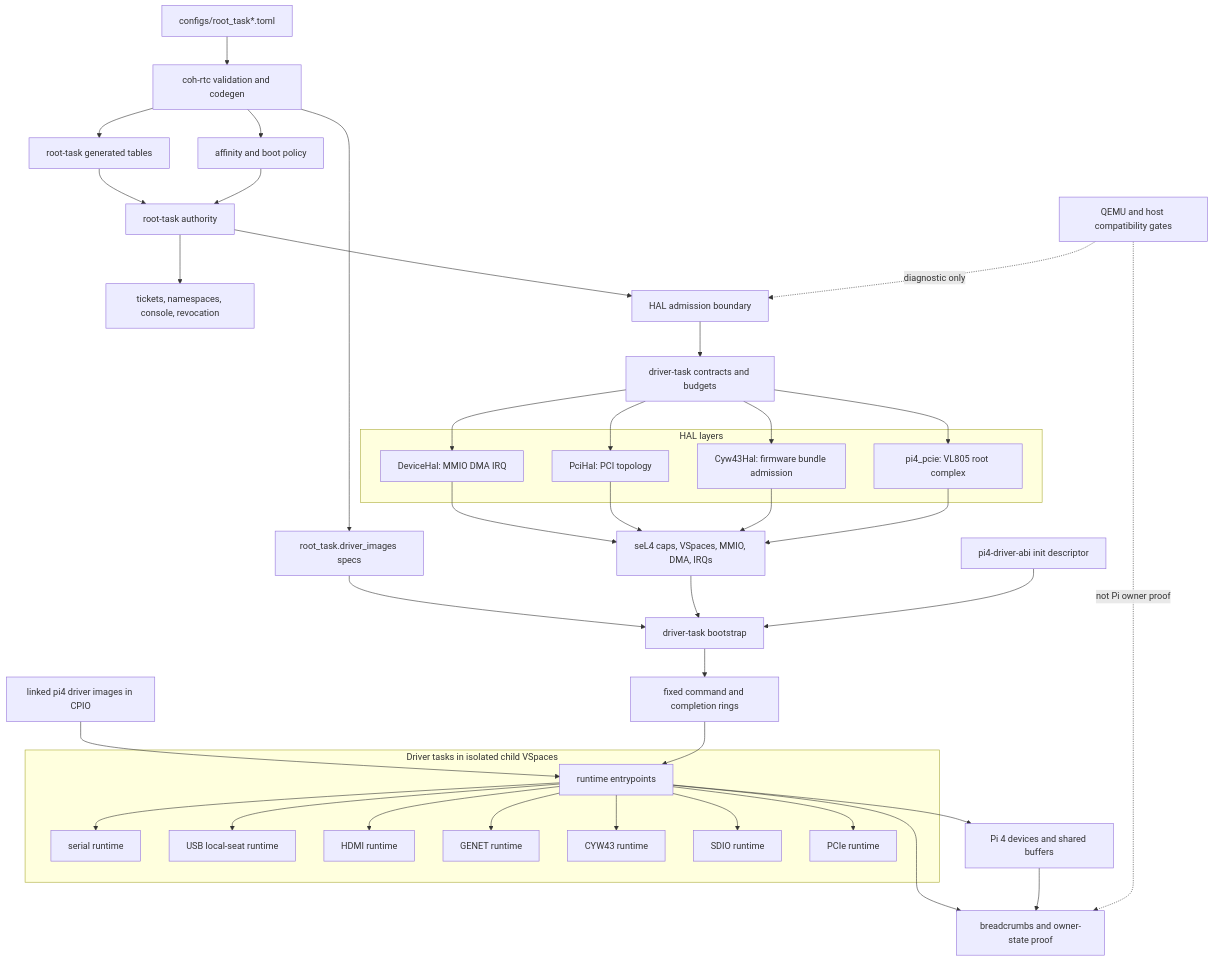
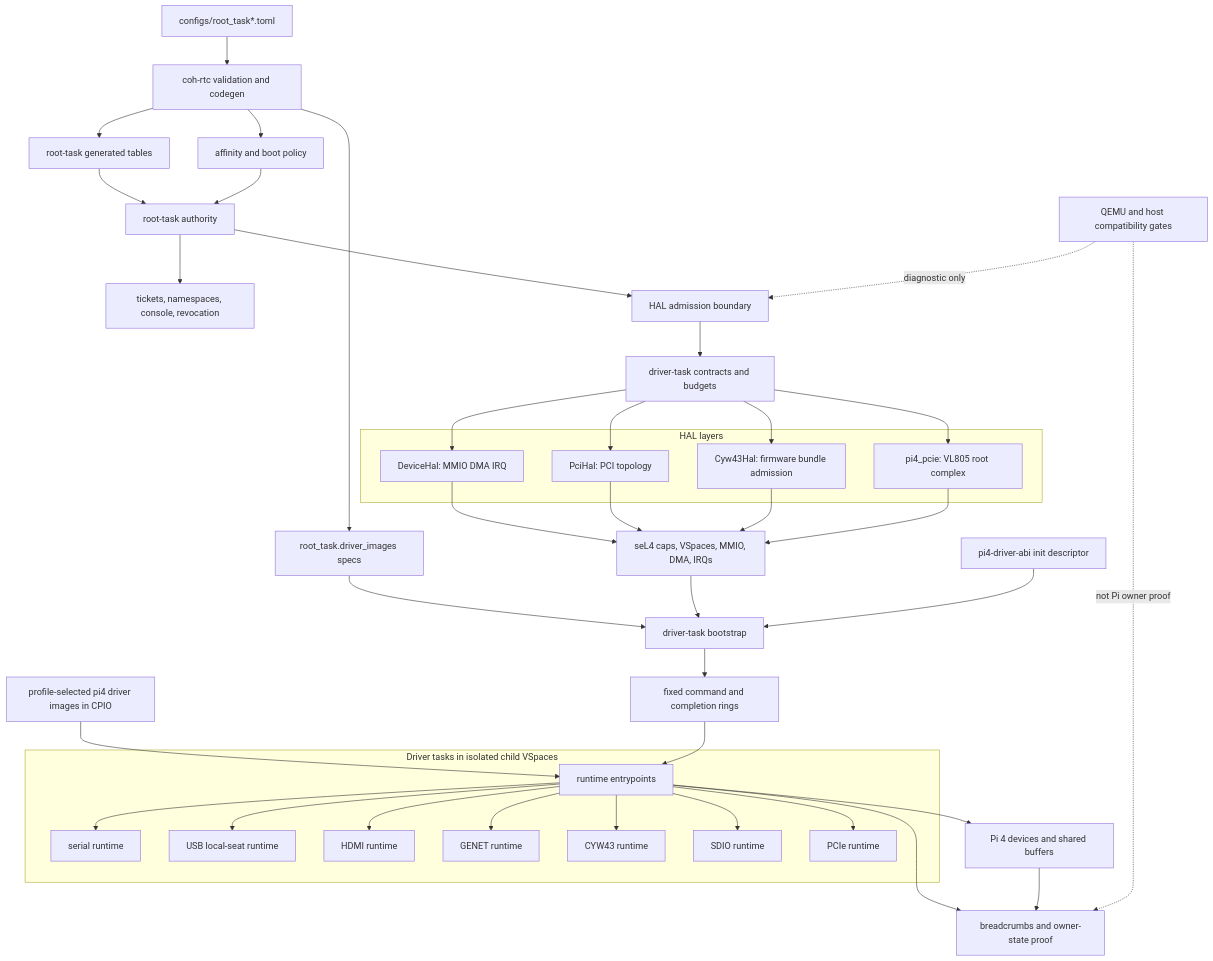
One commit to lukeb-aidev/cohesix changed the diagram in docs/DRIVERS.md. Above: the diagram before and after it, drawn with Mermaid. The commit also changed other lines of this file and 53 other files, not shown here.

Commit message:
Align docs, codegen, and tests with build charter

````diff
--- a/docs/DRIVERS.md
+++ b/docs/DRIVERS.md
@@ -241,76 +249,76 @@
 ```mermaid
 flowchart TD
     manifest["configs/root_task*.toml"]
     rtc["coh-rtc validation and codegen"]
     tables["root-task generated tables"]
     specs["root_task.driver_images specs"]
     policy["affinity and boot policy"]
     root["root-task authority"]
     retained["tickets, namespaces, console, revocation"]
     hal["HAL admission boundary"]
     contracts["driver-task contracts and budgets"]
     caps["seL4 caps, VSpaces, MMIO, DMA, IRQs"]
     abi["pi4-driver-abi init descriptor"]
     boot["driver-task bootstrap"]
-    images["linked pi4 driver images in CPIO"]
+    images["profile-selected pi4 driver images in CPIO"]
     rings["fixed command and completion rings"]
     devices["Pi 4 devices and shared buffers"]
     proof["breadcrumbs and owner-state proof"]
     compat["QEMU and host compatibility gates"]
 
     manifest --> rtc
     rtc --> tables
     rtc --> specs
     rtc --> policy
     tables --> root
     policy --> root
     root --> retained
     root --> hal
     specs --> boot
     hal --> contracts
 
     subgraph layers["HAL layers"]
         deviceHal["DeviceHal: MMIO DMA IRQ"]
         pciHal["PciHal: PCI topology"]
         cywHal["Cyw43Hal: firmware bundle admission"]
         pcieHal["pi4_pcie: VL805 root complex"]
     end
 
     contracts --> deviceHal
     contracts --> pciHal
     contracts --> cywHal
     contracts --> pcieHal
     deviceHal --> caps
     pciHal --> caps
     cywHal --> caps
     pcieHal --> caps
     caps --> boot
     abi --> boot
     boot --> rings
 
     subgraph runtimes["Driver tasks in isolated child VSpaces"]
         entry["runtime entrypoints"]
         serial["serial runtime"]
         usb["USB local-seat runtime"]
         hdmi["HDMI runtime"]
         genet["GENET runtime"]
         cyw43["CYW43 runtime"]
         sdio["SDIO runtime"]
         pcie["PCIe runtime"]
         entry --> serial
         entry --> usb
         entry --> hdmi
         entry --> genet
         entry --> cyw43
         entry --> sdio
         entry --> pcie
     end
 
     images --> entry
     rings --> entry
     entry --> devices
     entry --> proof
     devices --> proof
     compat -. "diagnostic only" .-> hal
     compat -. "not Pi owner proof" .-> proof
 ```
````
